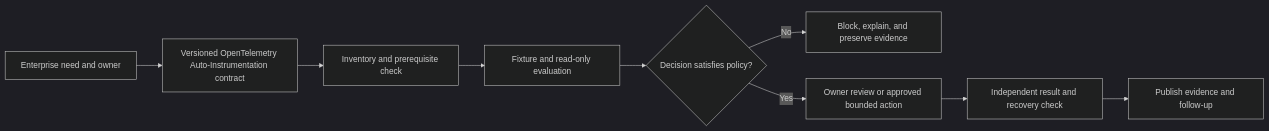
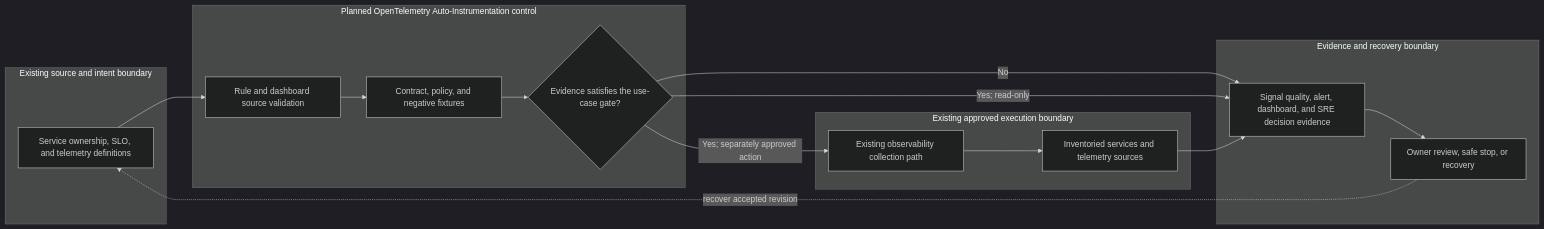
Before and after one commit to MIDHTECH/enterprise-architecture-docs: the diagram in docs/use-cases/observability/UC-OBS-003-opentelemetry-auto-instrumentation.md, drawn with Mermaid (dark theme). The commit also changed other lines of this file and 227 other files, not shown here.

Commit message:
Deepen architecture for all use case designs

````diff
--- a/docs/use-cases/observability/UC-OBS-003-opentelemetry-auto-instrumentation.md
+++ b/docs/use-cases/observability/UC-OBS-003-opentelemetry-auto-instrumentation.md
@@ -136,11 +129,25 @@
 ```mermaid
 flowchart LR
-    Need["Enterprise need and owner"] --> Contract["Versioned OpenTelemetry Auto-Instrumentation contract"]
-    Contract --> Preflight["Inventory and prerequisite check"]
-    Preflight --> Evaluate["Fixture and read-only evaluation"]
-    Evaluate --> Decision{"Decision satisfies policy?"}
-    Decision -->|No| Stop["Block, explain, and preserve evidence"]
-    Decision -->|Yes| Review["Owner review or approved bounded action"]
-    Review --> Verify["Independent result and recovery check"]
-    Verify --> Publish["Publish evidence and follow-up"]
+    subgraph Source["Existing source and intent boundary"]
+        A["Service ownership, SLO, and telemetry definitions"]
+    end
+    subgraph Planned["Planned OpenTelemetry Auto-Instrumentation control"]
+        B["Rule and dashboard source validation"]
+        C["Contract, policy, and negative fixtures"]
+        D{"Evidence satisfies the use-case gate?"}
+    end
+    subgraph Runtime["Existing approved execution boundary"]
+        E["Existing observability collection path"]
+        F["Inventoried services and telemetry sources"]
+    end
+    subgraph Assurance["Evidence and recovery boundary"]
+        G["Signal quality, alert, dashboard, and SRE decision evidence"]
+        H["Owner review, safe stop, or recovery"]
+    end
+
+    A --> B --> C --> D
+    D -->|No| G --> H
+    D -->|Yes; read-only| G
+    D -->|Yes; separately approved action| E --> F --> G
+    H -. recover accepted revision .-> A
 ```
````
